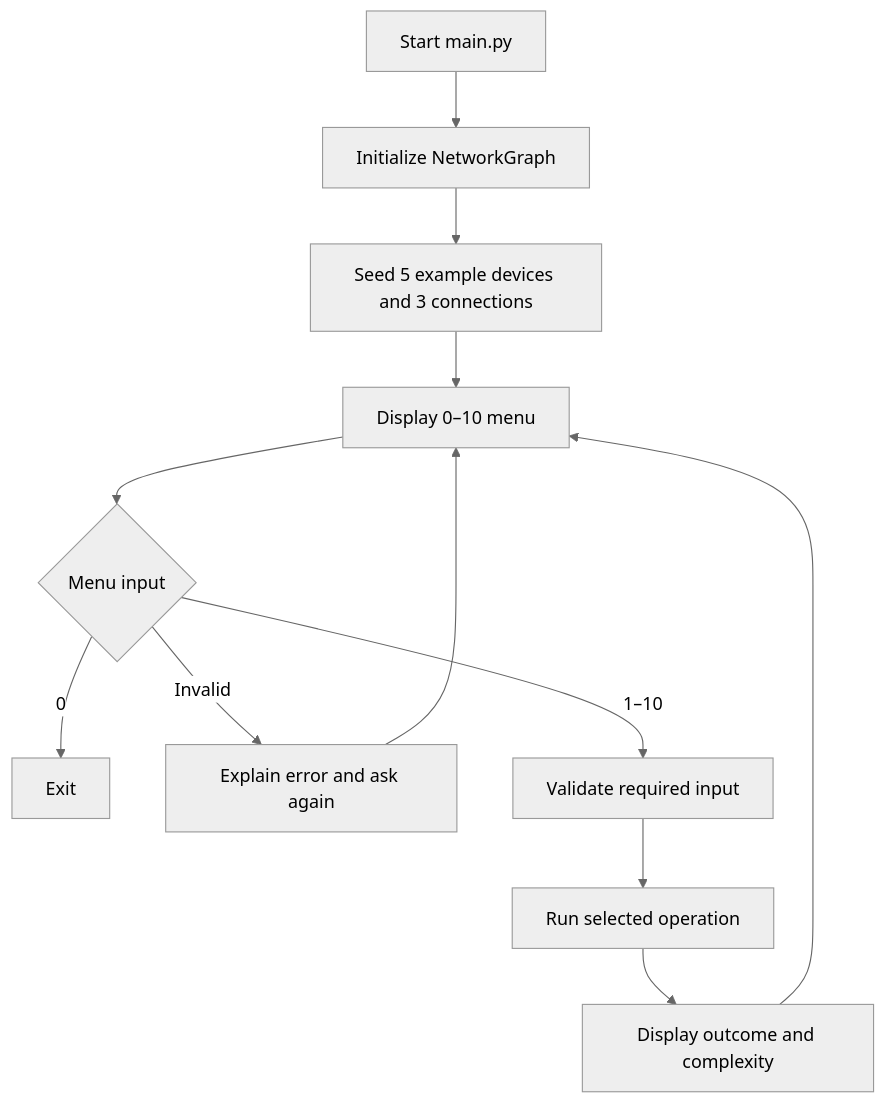
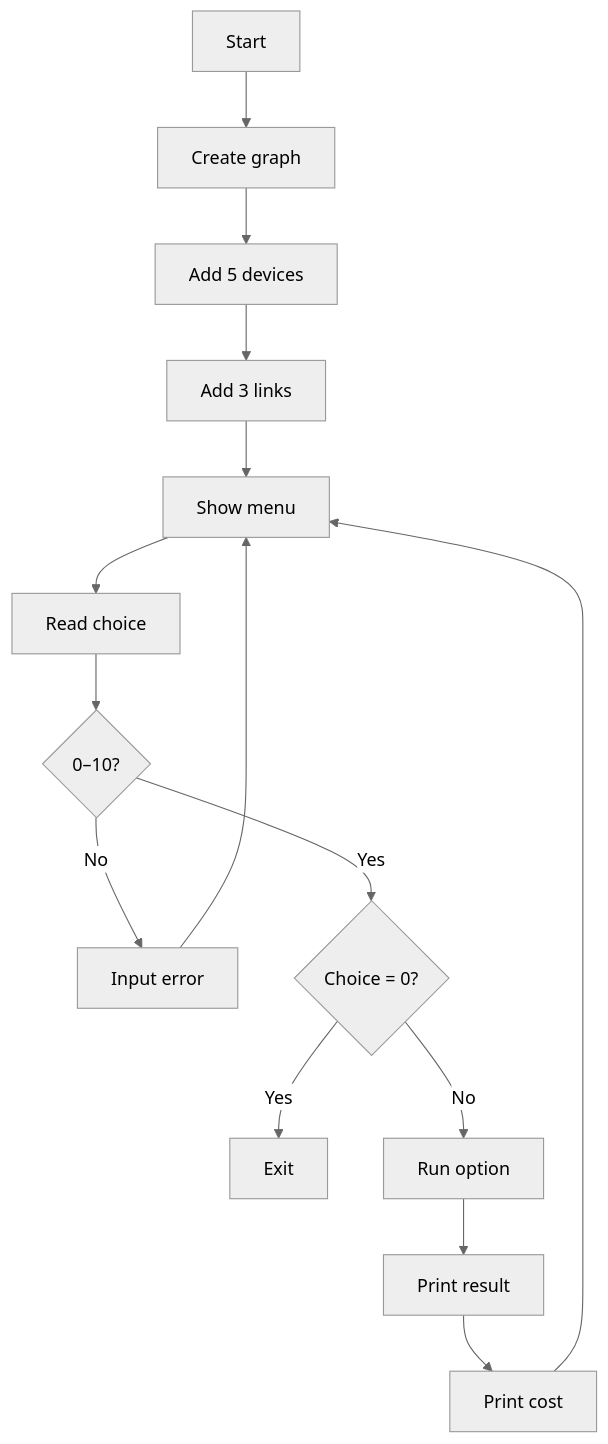
The first of 11 diagrams in docs/WORKFLOWS.md (Kanechiii/nodex), drawn with Mermaid (neutral theme) before and after one commit. The commit also changed other lines of this file and 5 other files, not shown here.

````diff
--- a/docs/WORKFLOWS.md
+++ b/docs/WORKFLOWS.md
@@ -7,14 +9,17 @@
 ```mermaid
 flowchart TD
-    A["Start main.py"] --> B["Initialize NetworkGraph"]
-    B --> C["Seed 5 example devices and 3 connections"]
-    C --> D["Display 0–10 menu"]
-    D --> E{"Menu input"}
-    E -->|"0"| X["Exit"]
-    E -->|"Invalid"| W["Explain error and ask again"]
-    E -->|"1–10"| F["Validate required input"]
-    F --> G["Run selected operation"]
-    G --> H["Display outcome and complexity"]
-    H --> D
-    W --> D
+    A["Start"] --> B["Create graph"]
+    B --> C["Add 5 devices"]
+    C --> D["Add 3 links"]
+    D --> E["Show menu"]
+    E --> F["Read choice"]
+    F --> G{"0–10?"}
+    G -->|"No"| H["Input error"]
+    H --> E
+    G -->|"Yes"| I{"Choice = 0?"}
+    I -->|"Yes"| J["Exit"]
+    I -->|"No"| K["Run option"]
+    K --> L["Print result"]
+    L --> M["Print cost"]
+    M --> E
 ```
````
